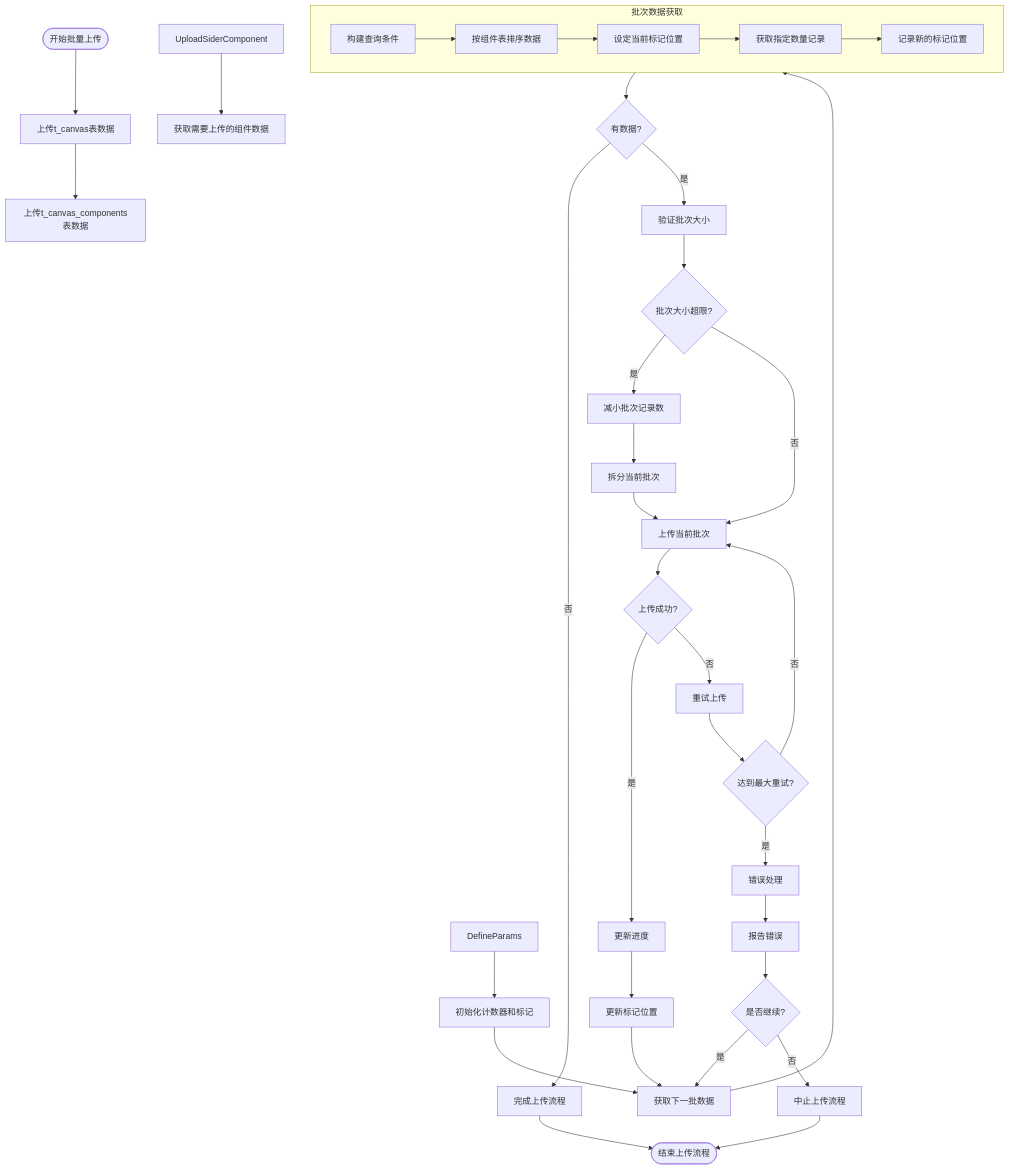
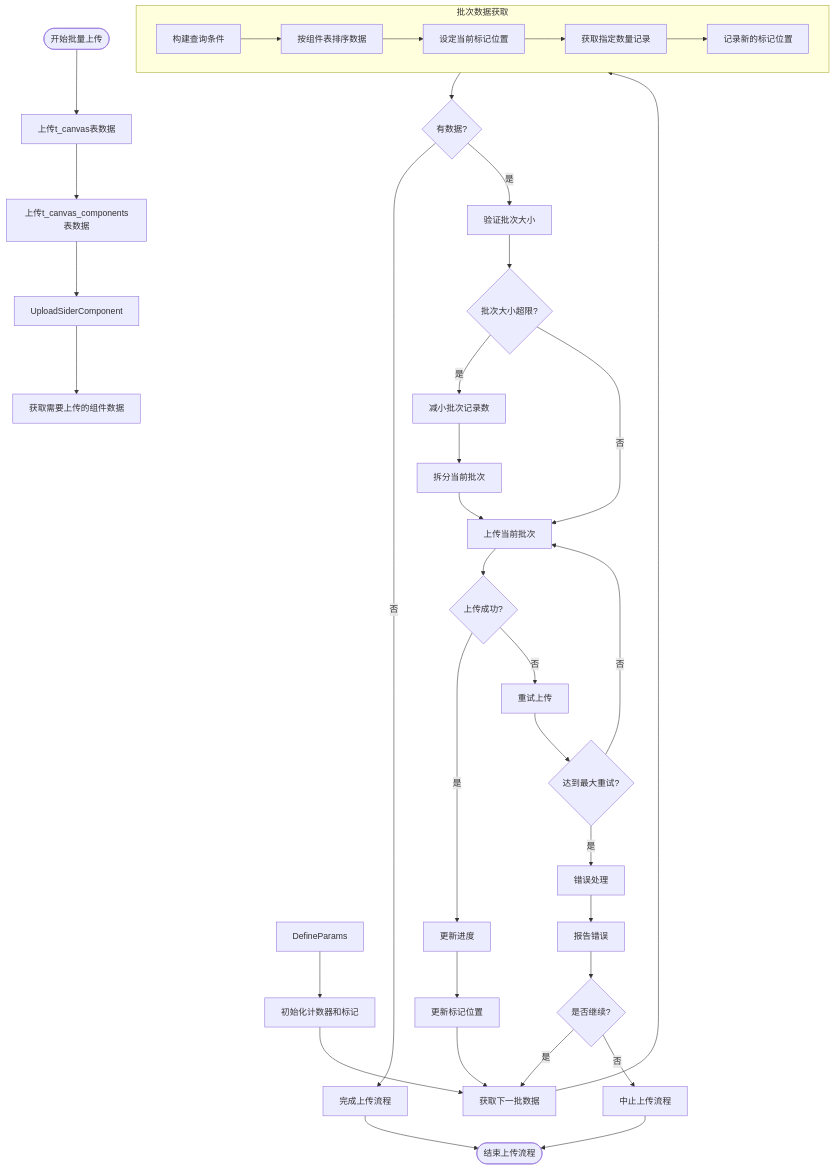
The diagram in all/未命名-51.md (yingjianzh/iodraw-files), drawn with Mermaid before and after one commit.

Commit message:
2025-05-08 17:24:08 update

````diff
--- a/all/未命名-51.md
+++ b/all/未命名-51.md
@@ -1,50 +1,50 @@
 ```mermaid
 flowchart TD
     Start([开始批量上传]) --> UploadSpaceData[上传t_canvas表数据]
     UploadSpaceData --> UploadComponentListData[上传t_canvas_components表数据]
-    UploadSiderComponent --> 
+    UploadComponentListData --> UploadSiderComponent --> 
     
     UploadData[获取需要上传的组件数据]
     DefineParams --> InitCounters[初始化计数器和标记]
     
     InitCounters --> FetchNextBatch[获取下一批数据]
     
     subgraph BatchFetch [批次数据获取]
         A[构建查询条件] --> B[按组件表排序数据]
         B --> C[设定当前标记位置]
         C --> D[获取指定数量记录]
         D --> E[记录新的标记位置]
     end
     
     FetchNextBatch --> BatchFetch
     
     BatchFetch --> CheckResults{有数据?}
     CheckResults -->|否| CompleteUpload[完成上传流程]
     CheckResults -->|是| ValidateBatch[验证批次大小]
     
     ValidateBatch --> SizeTooLarge{批次大小超限?}
     SizeTooLarge -->|是| AdjustBatchSize[减小批次记录数]
     SizeTooLarge -->|否| UploadBatch[上传当前批次]
     
     AdjustBatchSize --> SplitBatch[拆分当前批次]
     SplitBatch --> UploadBatch
     
     UploadBatch --> UploadSuccess{上传成功?}
     UploadSuccess -->|是| UpdateProgress[更新进度]
     UploadSuccess -->|否| RetryUpload[重试上传]
     
     RetryUpload --> MaxRetries{达到最大重试?}
     MaxRetries -->|否| UploadBatch
     MaxRetries -->|是| ErrorHandling[错误处理]
     
     ErrorHandling --> ReportError[报告错误]
     ReportError --> ContinueOption{是否继续?}
     ContinueOption -->|是| FetchNextBatch
     ContinueOption -->|否| AbortProcess[中止上传流程]
     
     UpdateProgress --> UpdateMarker[更新标记位置]
     UpdateMarker --> FetchNextBatch
     
     CompleteUpload --> End([结束上传流程])
     AbortProcess --> End
 ```
````
